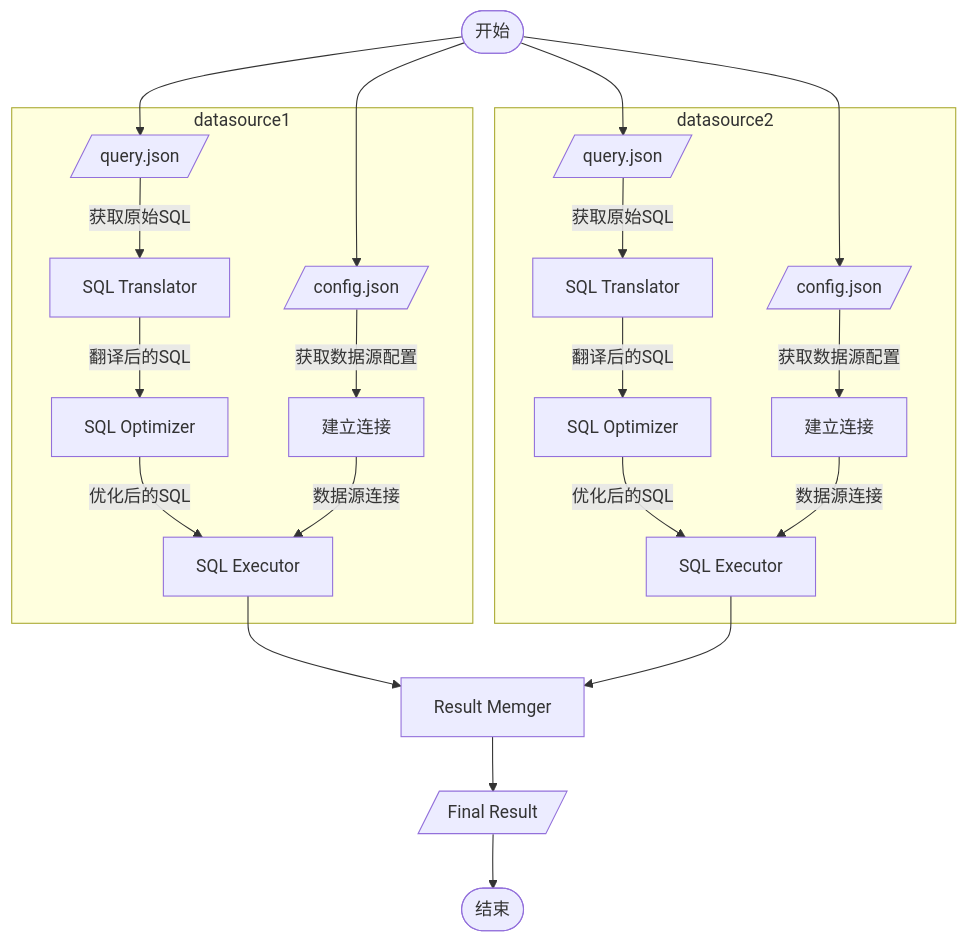
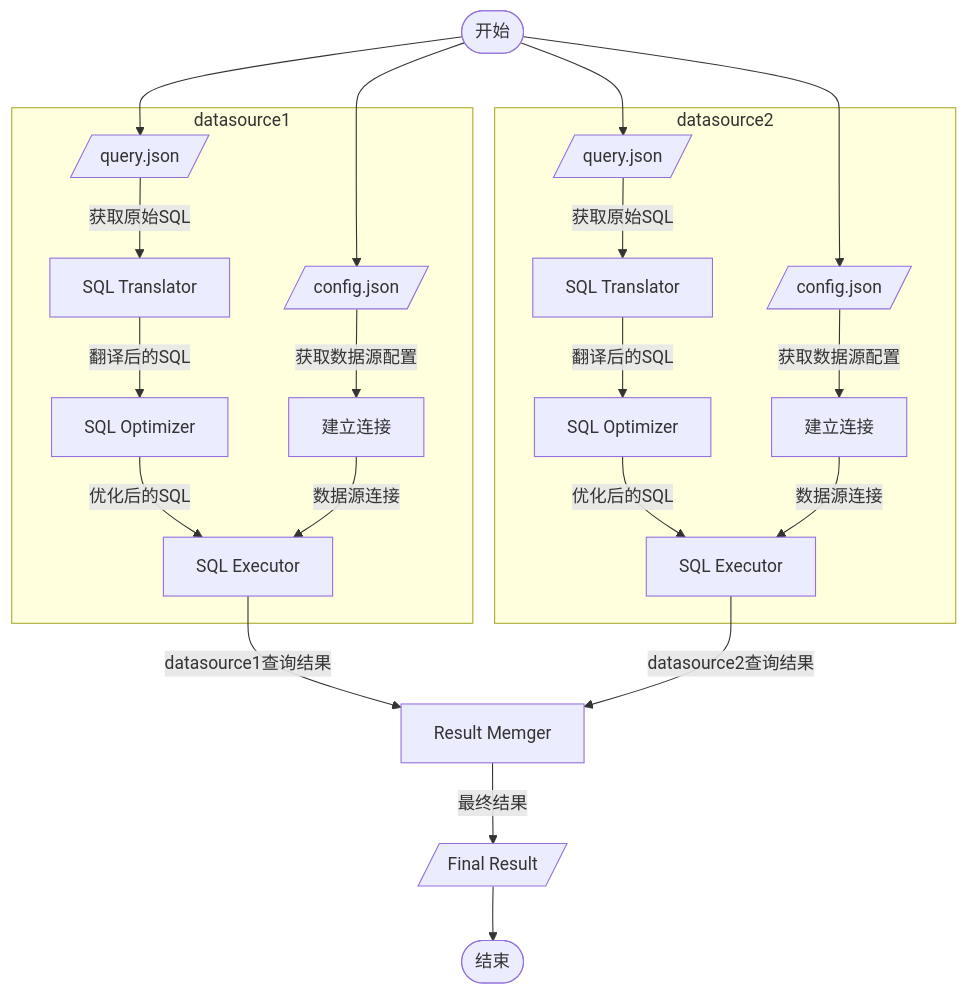
The second of 2 diagrams in README.md (ChengziCao/FederateDBSystem), drawn with Mermaid before and after one commit. The commit also changed other lines of this file, not shown here.

````diff
--- a/README.md
+++ b/README.md
@@ -58,33 +68,33 @@
 ```mermaid
 graph TD
     start([开始])
     start-->d1_input1
     start-->d1_input2
     start-->d2_input1
     start-->d2_input2
 
 subgraph datasource1
     d1_input1[/config.json/]
     d1_input2[/query.json/]
     d1_input1-->|获取数据源配置|d1_conn[建立连接]
     d1_input2-->|获取原始SQL|d1_translator[SQL Translator]
     d1_translator-->|"翻译后的SQL"|d1_optimizer[SQL Optimizer]
     d1_optimizer-->|优化后的SQL|d1_executor[SQL Executor]
     d1_conn-->|数据源连接|d1_executor
 end
 
 subgraph datasource2
     d2_input1[/config.json/]
     d2_input2[/query.json/]
     d2_input1-->|获取数据源配置|d2_conn[建立连接]
     d2_input2-->|获取原始SQL|d2_translator[SQL Translator]
     d2_translator-->|"翻译后的SQL"|d2_optimizer[SQL Optimizer]
     d2_optimizer-->|优化后的SQL|d2_executor[SQL Executor]
     d2_conn-->|数据源连接|d2_executor
 end
 memger[Result Memger]
-d1_executor-->memger
-d2_executor-->memger
-memger-->final_resulat[/Final Result/]
+d1_executor-->|datasource1查询结果|memger
+d2_executor-->|datasource2查询结果|memger
+memger-->|最终结果|final_resulat[/Final Result/]
 final_resulat-->end_([结束])
 ```
````
